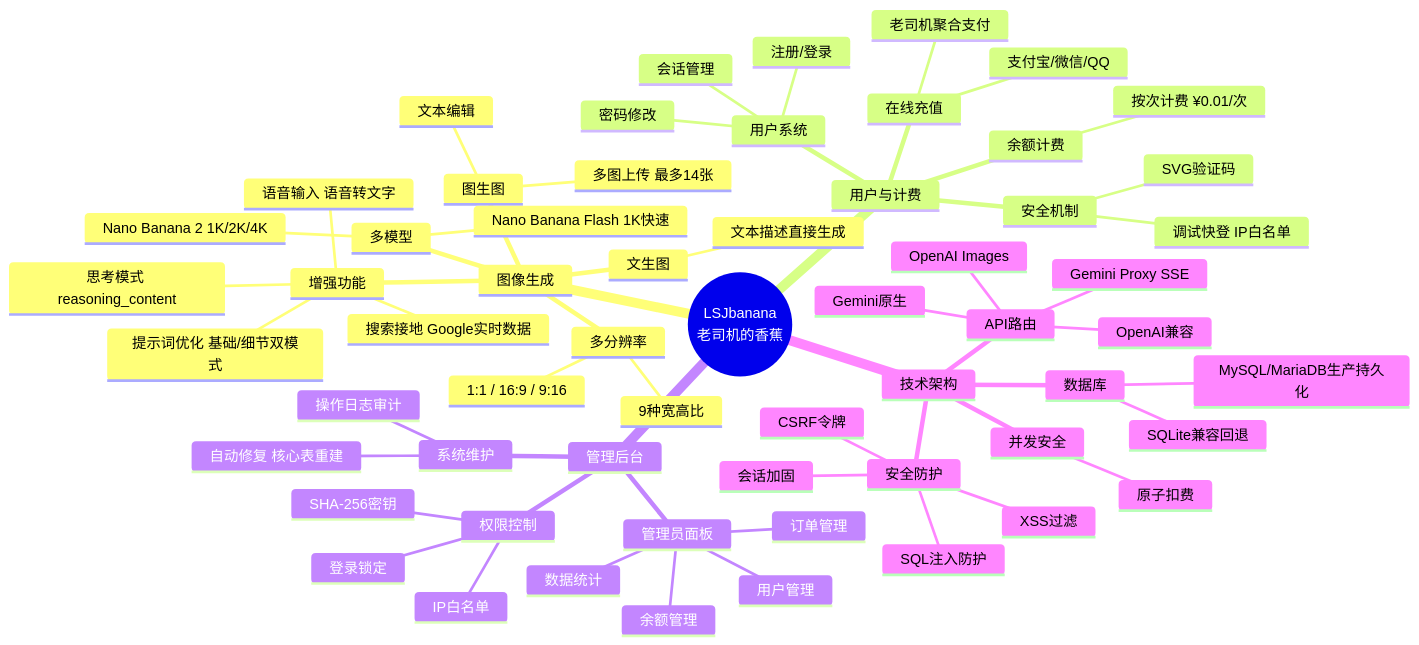
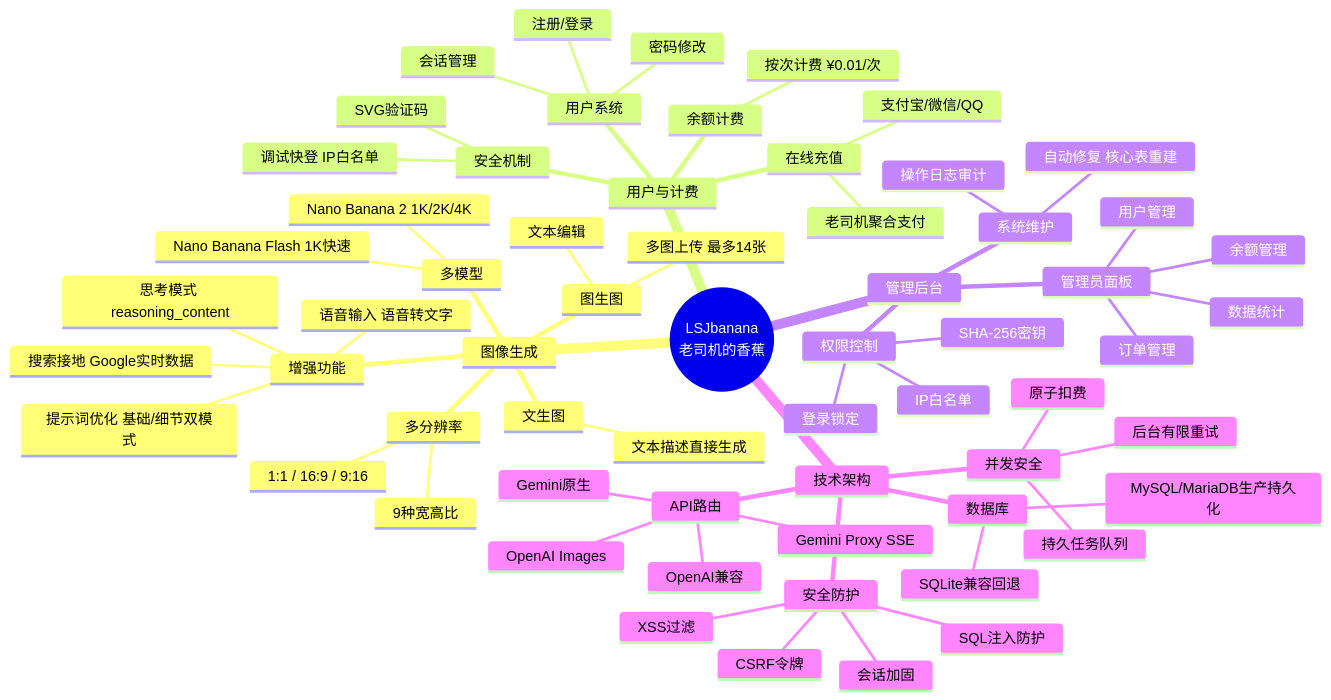
The diagram in README.md (RusianHu/LSJbanana), drawn with Mermaid before and after one commit. The commit also changed other lines of this file and 20 other files, not shown here.

````diff
--- a/README.md
+++ b/README.md
@@ -9,63 +9,65 @@
 ```mermaid
 mindmap
   root((LSJbanana<br>老司机的香蕉))
     图像生成
       文生图
         文本描述直接生成
       图生图
         多图上传 最多14张
         文本编辑
       多模型
         Nano Banana 2 1K/2K/4K
         Nano Banana Flash 1K快速
       多分辨率
         9种宽高比
         1:1 / 16:9 / 9:16
       增强功能
         搜索接地 Google实时数据
         提示词优化 基础/细节双模式
         语音输入 语音转文字
         思考模式 reasoning_content
     用户与计费
       用户系统
         注册/登录
         会话管理
         密码修改
       余额计费
         按次计费 ¥0.01/次
       在线充值
         老司机聚合支付
         支付宝/微信/QQ
       安全机制
         SVG验证码
         调试快登 IP白名单
     管理后台
       管理员面板
         用户管理
         订单管理
         余额管理
         数据统计
       权限控制
         SHA-256密钥
         IP白名单
         登录锁定
       系统维护
         操作日志审计
         自动修复 核心表重建
     技术架构
       数据库
         MySQL/MariaDB生产持久化
         SQLite兼容回退
       API路由
         Gemini原生
         OpenAI兼容
         OpenAI Images
         Gemini Proxy SSE
       安全防护
         CSRF令牌
         SQL注入防护
         XSS过滤
         会话加固
       并发安全
         原子扣费
+        持久任务队列
+        后台有限重试
 ```
````
